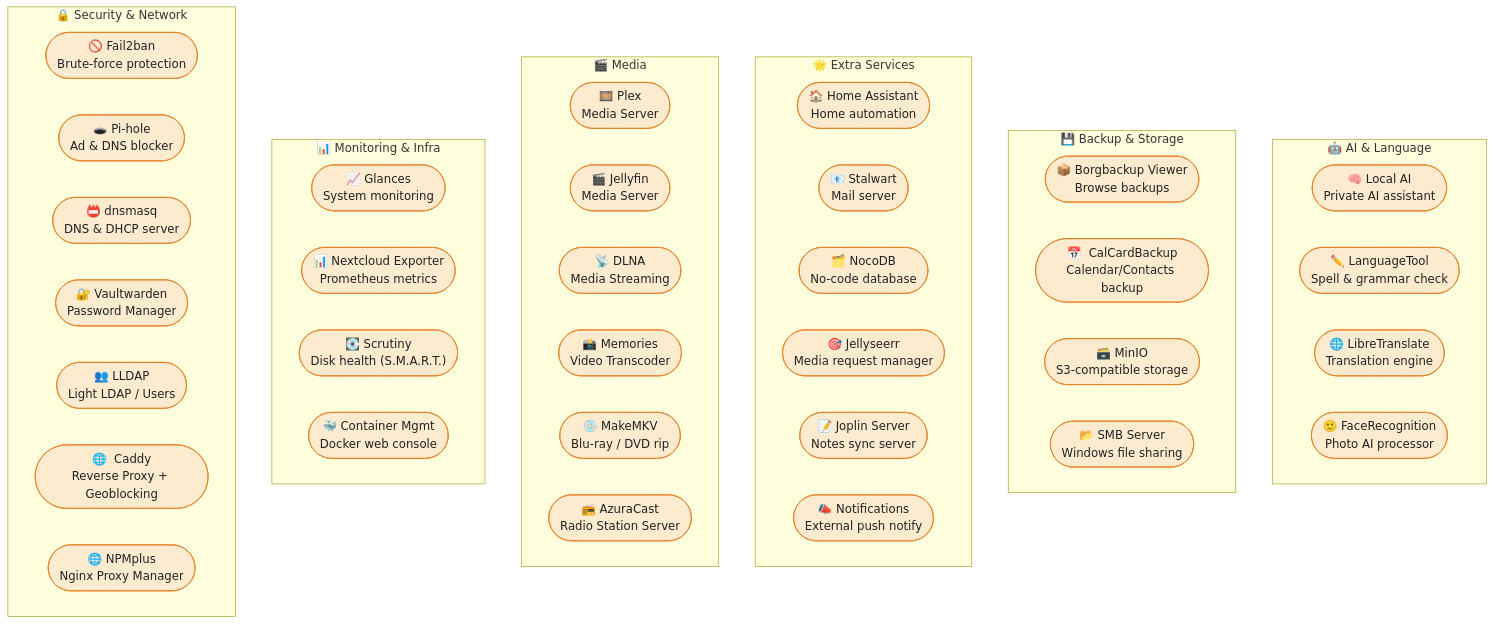
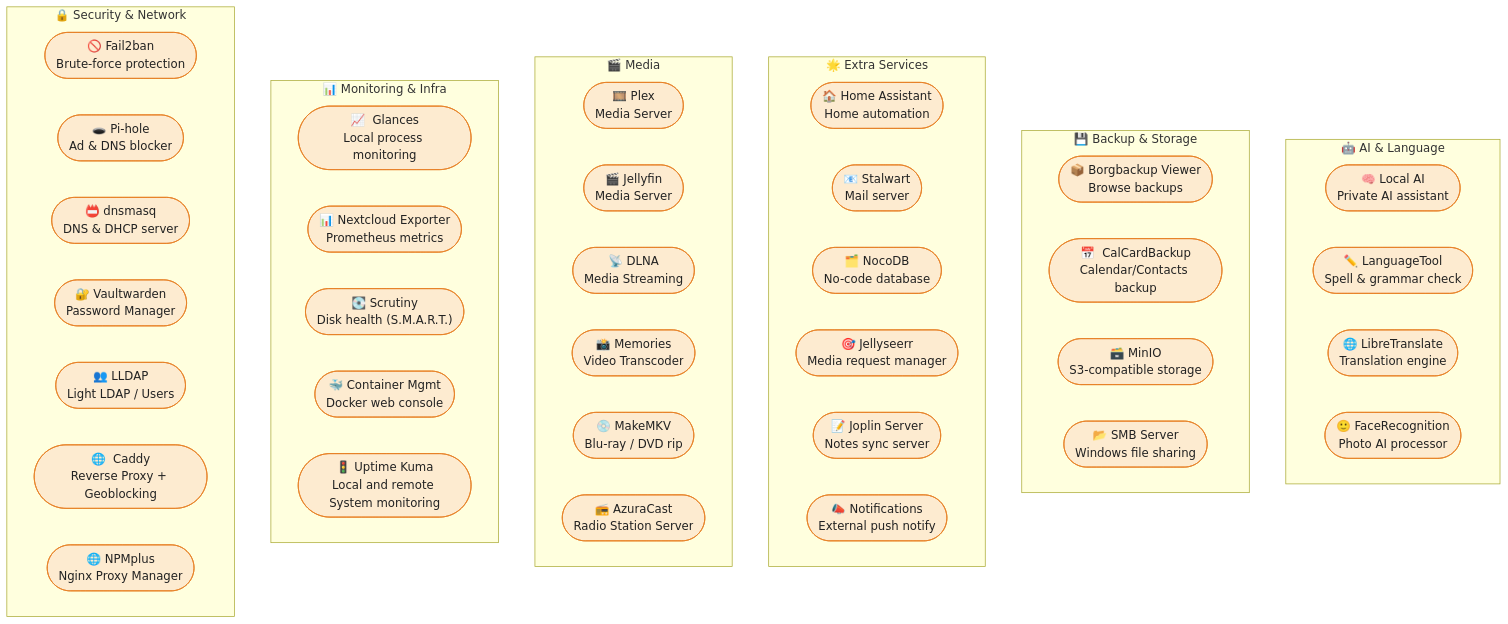
The diagram in community-containers/readme.md (nextcloud/all-in-one), drawn with Mermaid before and after one commit.

Commit message:
add uptime-kuma
adds distinction to glances

````diff
--- a/community-containers/readme.md
+++ b/community-containers/readme.md
@@ -9,55 +9,56 @@
 ```mermaid
 flowchart TD
     %% ── Styles ───────────────────────────────────────────────────────────────────
     classDef community fill:#FDEBD0,stroke:#E67E22,color:#222
     classDef group     fill:#FEF9E7,stroke:#F39C12,color:#333
 
     subgraph COMM_AI["🤖 AI & Language"]
         LAI(["🧠  Local AI\nPrivate AI assistant"]):::community
         LT(["✏️  LanguageTool\nSpell & grammar check"]):::community
         LTRANS(["🌐  LibreTranslate\nTranslation engine"]):::community
         FACE(["🙂  FaceRecognition\nPhoto AI processor"]):::community
     end
 
     subgraph COMM_BACKUP["💾 Backup & Storage"]
         BV(["📦  Borgbackup Viewer\nBrowse backups"]):::community
         CALB(["📅  CalCardBackup\nCalendar/Contacts backup"]):::community
         MINIO(["🗃️  MinIO\nS3-compatible storage"]):::community
         SMB(["📂  SMB Server\nWindows file sharing"]):::community
     end
 
     subgraph COMM_EXTRA["🌟 Extra Services"]
         HA(["🏠  Home Assistant\nHome automation"]):::community
         STLW(["📧  Stalwart\nMail server"]):::community
         NOCO(["🗂️  NocoDB\nNo-code database"]):::community
         JSER(["🎯  Jellyseerr\nMedia request manager"]):::community
         JOPLIN(["📝  Joplin Server\nNotes sync server"]):::community
         NOTIF(["📣  Notifications\nExternal push notify"]):::community
     end
 
     subgraph COMM_MEDIA["🎬 Media"]
         PLEX(["🎞️  Plex\nMedia Server"]):::community
         JELLY(["🎬  Jellyfin\nMedia Server"]):::community
         DLNA(["📡  DLNA\nMedia Streaming"]):::community
         MEMTR(["📸  Memories\nVideo Transcoder"]):::community
         MKV(["💿  MakeMKV\nBlu-ray / DVD rip"]):::community
         AZURA(["📻  AzuraCast\nRadio Station Server"]):::community
     end
 
     subgraph COMM_MONITOR["📊 Monitoring & Infra"]
-        GLAN(["📈  Glances\nSystem monitoring"]):::community
+        GLAN(["📈  Glances\nLocal process monitoring"]):::community
         EXP(["📊  Nextcloud Exporter\nPrometheus metrics"]):::community
         SCRU(["💽  Scrutiny\nDisk health (S.M.A.R.T.)"]):::community
         CMGMT(["🐳  Container Mgmt\nDocker web console"]):::community
+        UPTIME(["🚦 Uptime Kuma\nLocal and remote System monitoring"]):::community
     end
 
     subgraph COMM_SEC["🔒 Security & Network"]
         F2B(["🚫  Fail2ban\nBrute-force protection"]):::community
         PIH(["🕳️  Pi-hole\nAd & DNS blocker"]):::community
         DNSM(["📛  dnsmasq\nDNS & DHCP server"]):::community
         VW(["🔐  Vaultwarden\nPassword Manager"]):::community
         LDAP(["👥  LLDAP\nLight LDAP / Users"]):::community
         CADDY(["🌐  Caddy\nReverse Proxy + Geoblocking"]):::community
         NPMPLUS(["🌐  NPMplus\nNginx Proxy Manager"]):::community
     end
 ```
````
